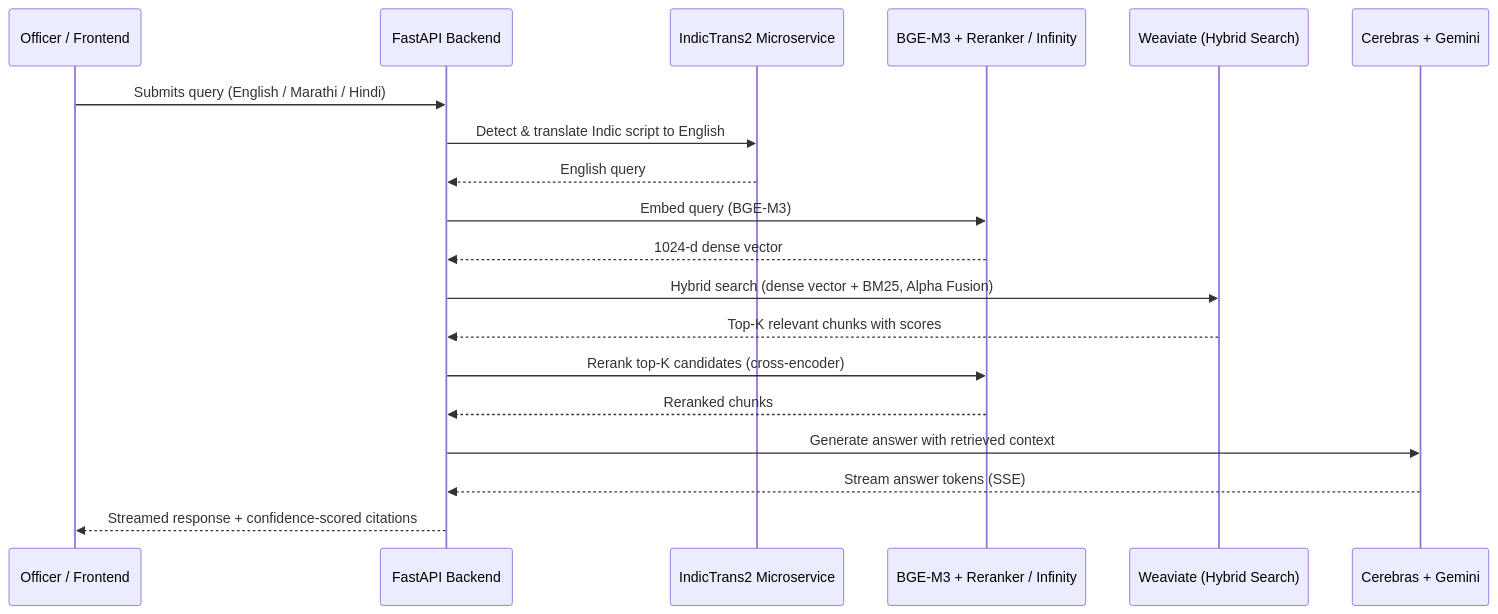
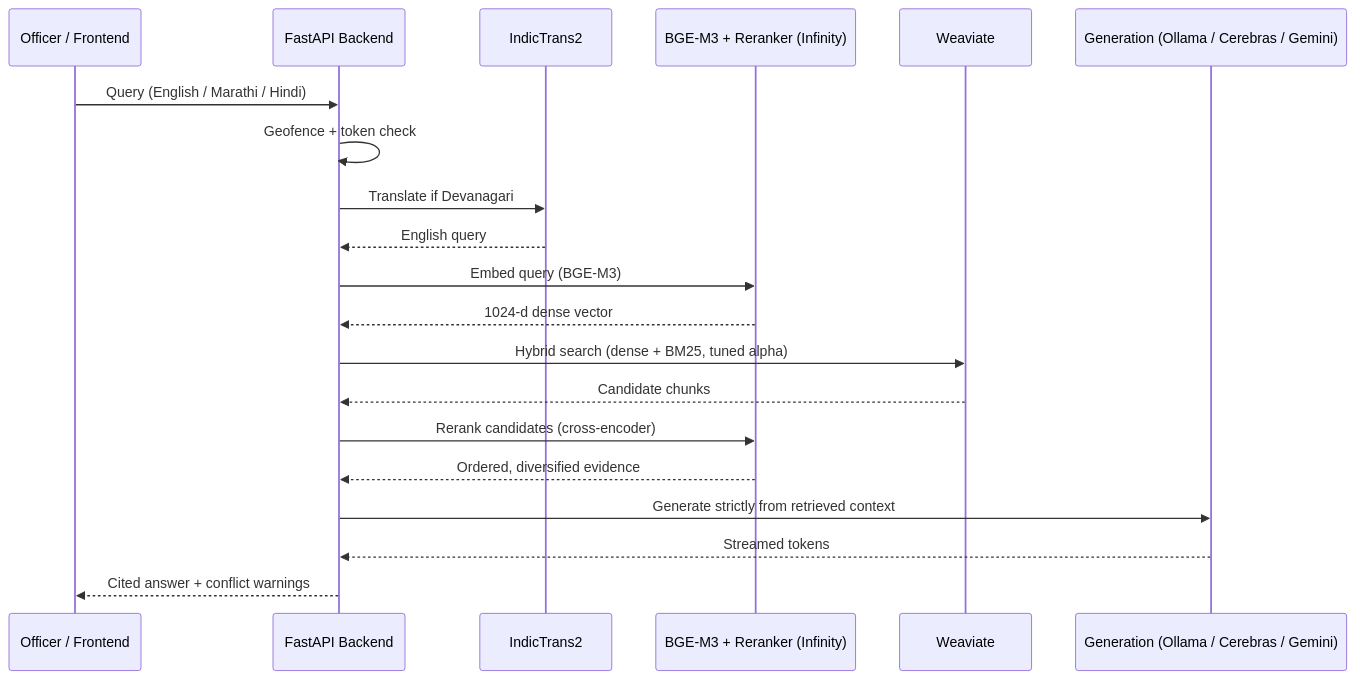
The first of 2 diagrams in README.md (pushkqr/gov-assist-rag), drawn with Mermaid before and after one commit. The commit also changed other lines of this file and 4 other files, not shown here.

````diff
--- a/README.md
+++ b/README.md
@@ -51,22 +47,23 @@
 ```mermaid
 sequenceDiagram
     participant User as Officer / Frontend
     participant API as FastAPI Backend
-    participant Trans as IndicTrans2 Microservice
-    participant Embed as BGE-M3 + Reranker / Infinity
-    participant DB as Weaviate (Hybrid Search)
-    participant LLM as Cerebras + Gemini
+    participant Trans as IndicTrans2
+    participant Embed as BGE-M3 + Reranker (Infinity)
+    participant DB as Weaviate
+    participant LLM as Generation (Ollama / Cerebras / Gemini)
 
-    User->>API: Submits query (English / Marathi / Hindi)
-    API->>Trans: Detect & translate Indic script to English
+    User->>API: Query (English / Marathi / Hindi)
+    API->>API: Geofence + token check
+    API->>Trans: Translate if Devanagari
     Trans-->>API: English query
     API->>Embed: Embed query (BGE-M3)
     Embed-->>API: 1024-d dense vector
-    API->>DB: Hybrid search (dense vector + BM25, Alpha Fusion)
-    DB-->>API: Top-K relevant chunks with scores
-    API->>Embed: Rerank top-K candidates (cross-encoder)
-    Embed-->>API: Reranked chunks
-    API->>LLM: Generate answer with retrieved context
-    LLM-->>API: Stream answer tokens (SSE)
-    API-->>User: Streamed response + confidence-scored citations
+    API->>DB: Hybrid search (dense + BM25, tuned alpha)
+    DB-->>API: Candidate chunks
+    API->>Embed: Rerank candidates (cross-encoder)
+    Embed-->>API: Ordered, diversified evidence
+    API->>LLM: Generate strictly from retrieved context
+    LLM-->>API: Streamed tokens
+    API-->>User: Cited answer + conflict warnings
 ```
````
